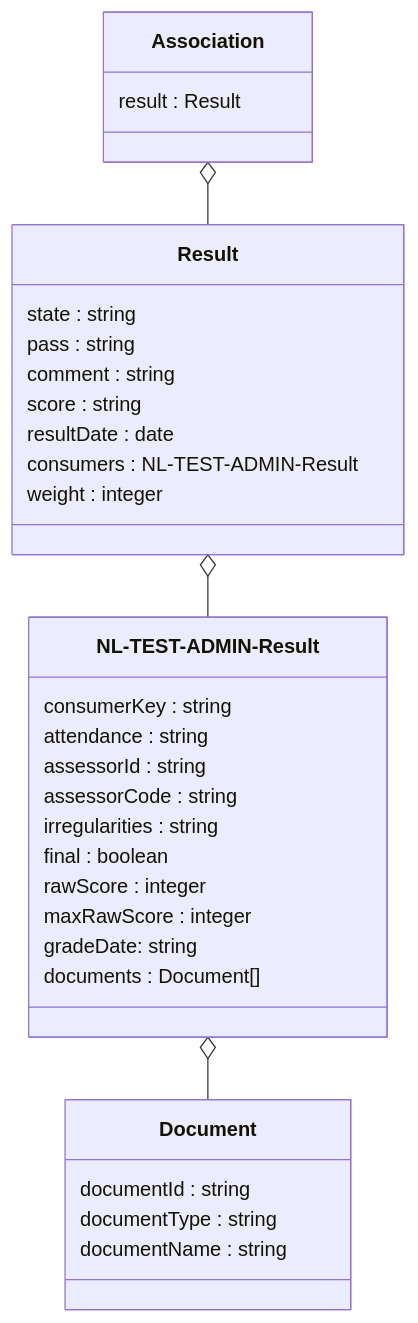
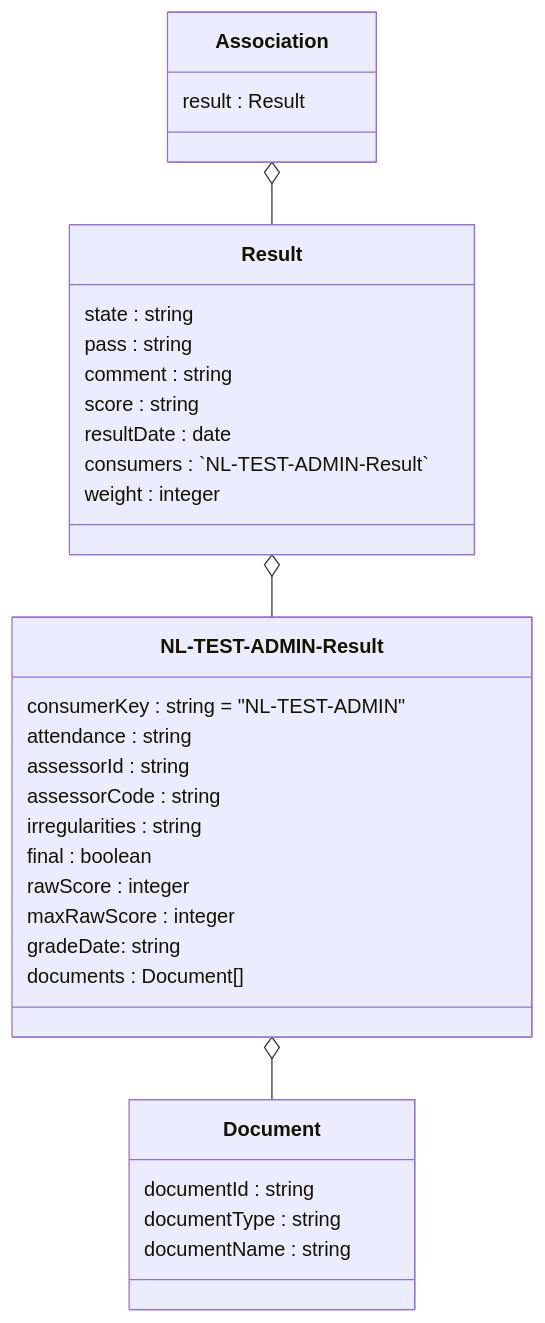
The second of 6 diagrams in doc/flow3.md (NetwerkExamineringDigitalisering/NED-OOAPI), drawn with Mermaid before and after one commit. The commit also changed other lines of this file and 4 other files, not shown here.

Commit message:
fix mermaid issues with dashes

````diff
--- a/doc/flow3.md
+++ b/doc/flow3.md
@@ -22,35 +22,35 @@
 ```mermaid
 classDiagram
-    class Association {
-	result : Result
-    }
-    class Result {
-    	state : string
-	pass : string
-	comment : string
-	score : string
-	resultDate : date
-	consumers : NL-TEST-ADMIN-Result
-	weight : integer
-    }
-    class NL-TEST-ADMIN-Result {
-	consumerKey : string
-	attendance : string
-	assessorId : string
-	assessorCode : string 
-	irregularities : string
-	final : boolean 
-	rawScore : integer 
-	maxRawScore : integer
-	gradeDate: string
-	documents : Document[]
-    }
-    class Document {
-	documentId : string
-	documentType : string
-	documentName : string
-    }
-    Association o-- Result
-    Result o-- NL-TEST-ADMIN-Result
-    NL-TEST-ADMIN-Result o-- Document
+  class Association {
+  	result : Result
+  }
+  class Result {
+    state : string
+    pass : string
+    comment : string
+    score : string
+    resultDate : date
+    consumers : `NL-TEST-ADMIN-Result`
+    weight : integer
+  }
+  class `NL-TEST-ADMIN-Result` {
+   	consumerKey : string = "NL-TEST-ADMIN"
+    attendance : string
+    assessorId : string
+    assessorCode : string 
+    irregularities : string
+    final : boolean 
+    rawScore : integer 
+    maxRawScore : integer
+    gradeDate: string
+    documents : Document[]
+  }
+  class Document {
+    documentId : string
+    documentType : string
+    documentName : string
+  }
+  Association o-- Result
+  Result o-- `NL-TEST-ADMIN-Result`
+  `NL-TEST-ADMIN-Result` o-- Document
 ```
````
